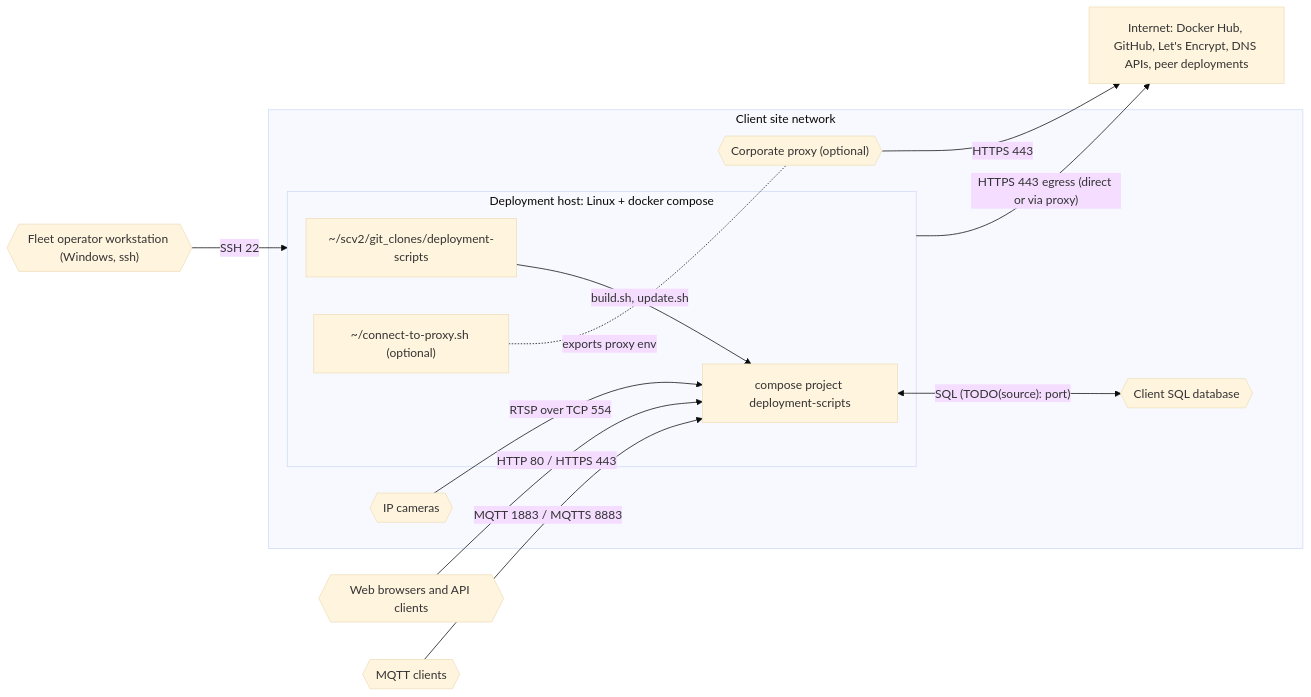
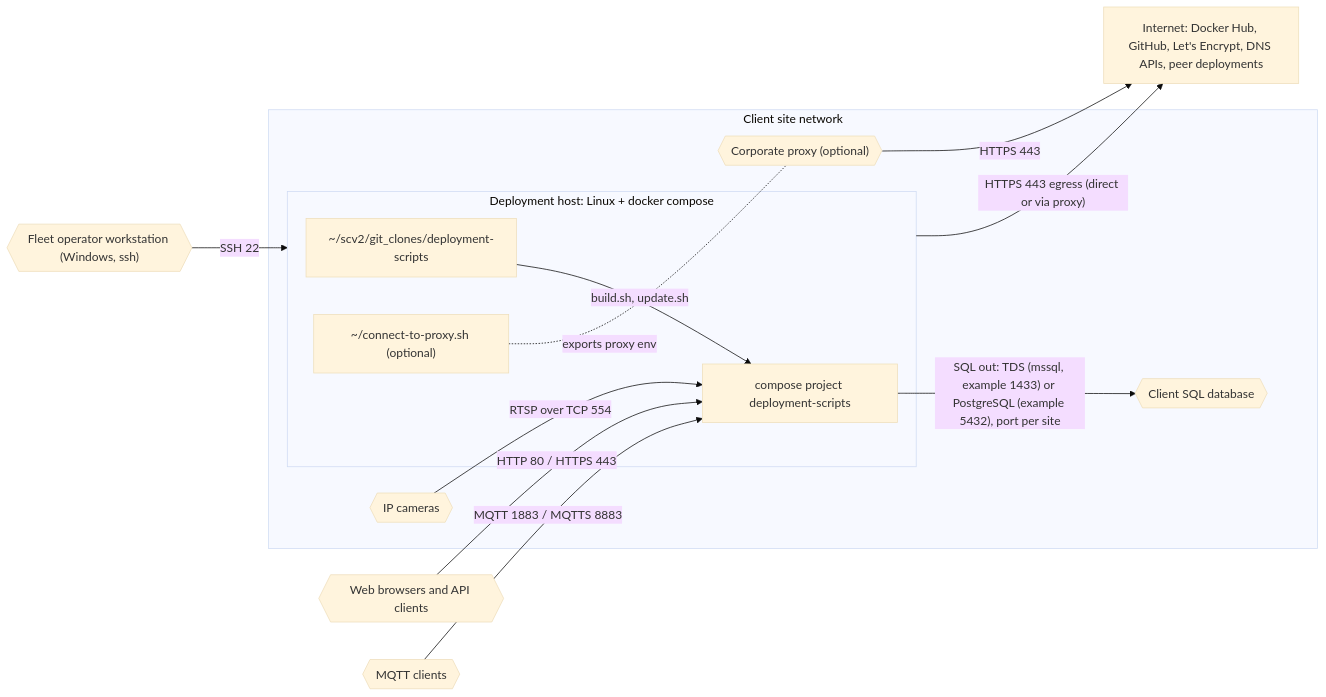
One commit to pacefactory/deployment-scripts changed the diagram in docs/architecture/network/site-requirements.md. Above: the diagram before and after it, drawn with Mermaid (base theme). The commit also changed other lines of this file and 83 other files, not shown here.

First line of the commit message:
docs: source the relational_dbserver flows and client SQL integration

````diff
--- a/docs/architecture/network/site-requirements.md
+++ b/docs/architecture/network/site-requirements.md
@@ -85,26 +85,26 @@
 ```mermaid
 flowchart LR
   ext_fleet_operator{{"Fleet operator workstation (Windows, ssh)"}}
   ext_web_clients{{"Web browsers and API clients"}}
   ext_mqtt_clients{{"MQTT clients"}}
   subgraph site["Client site network"]
     ext_cameras{{"IP cameras"}}
     ext_client_sql{{"Client SQL database"}}
     subgraph host["Deployment host: Linux + docker compose"]
       checkout["~/scv2/git_clones/deployment-scripts"]
       deployment["compose project deployment-scripts"]
       proxyhook["~/connect-to-proxy.sh (optional)"]
     end
     ext_proxy{{"Corporate proxy (optional)"}}
   end
   internet["Internet: Docker Hub, GitHub, Let's Encrypt, DNS APIs, peer deployments"]
   ext_cameras -->|"RTSP over TCP 554"| deployment
   ext_web_clients -->|"HTTP 80 / HTTPS 443"| deployment
   ext_mqtt_clients -->|"MQTT 1883 / MQTTS 8883"| deployment
-  deployment <-->|"SQL (TODO(source): port)"| ext_client_sql
+  deployment -->|"SQL out: TDS (mssql, example 1433) or PostgreSQL (example 5432), port per site"| ext_client_sql
   ext_fleet_operator -->|"SSH 22"| host
   checkout -->|"build.sh, update.sh"| deployment
   proxyhook -.-|"exports proxy env"| ext_proxy
   host -->|"HTTPS 443 egress (direct or via proxy)"| internet
   ext_proxy -->|"HTTPS 443"| internet
 ```
````
